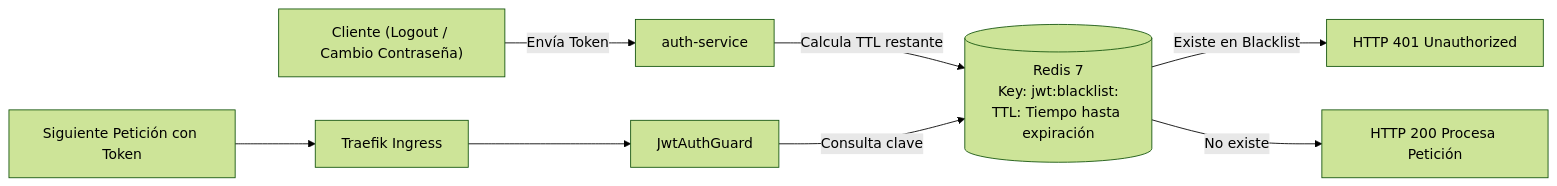
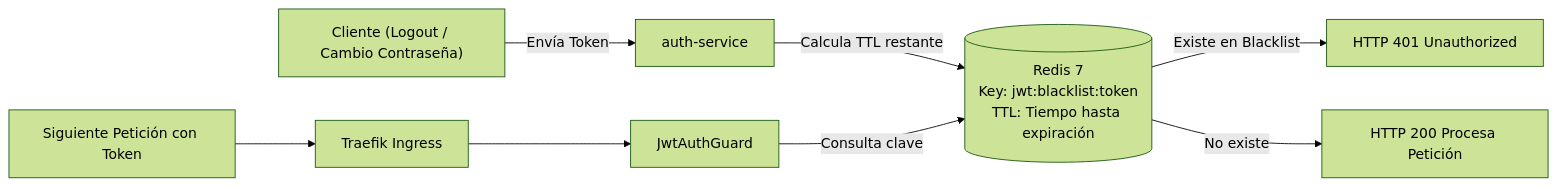
One commit to bleidertcs/fintech-wallet changed the third of 3 diagrams in docs/authentication.md. Above: the diagram before and after it, drawn with Mermaid (forest theme). The commit also changed other lines of this file and 27 other files, not shown here.

Commit message:
feat: generate project documentation and graphify visualization assets

````diff
--- a/docs/authentication.md
+++ b/docs/authentication.md
@@ -150,11 +150,11 @@
 ```mermaid
 graph LR
     User["Cliente (Logout / Cambio Contraseña)"] -->|Envía Token| AuthSvc["auth-service"]
-    AuthSvc -->|Calcula TTL restante| Redis[("Redis 7<br>Key: jwt:blacklist:<token><br>TTL: Tiempo hasta expiración")]
+    AuthSvc -->|Calcula TTL restante| Redis[("Redis 7<br>Key: jwt:blacklist:token<br>TTL: Tiempo hasta expiración")]
     
     NextReq["Siguiente Petición con Token"] --> Gateway["Traefik Ingress"]
     Gateway --> AuthGuard["JwtAuthGuard"]
     AuthGuard -->|Consulta clave| Redis
     Redis -->|Existe en Blacklist| Reject["HTTP 401 Unauthorized"]
     Redis -->|No existe| Accept["HTTP 200 Procesa Petición"]
 ```
````
